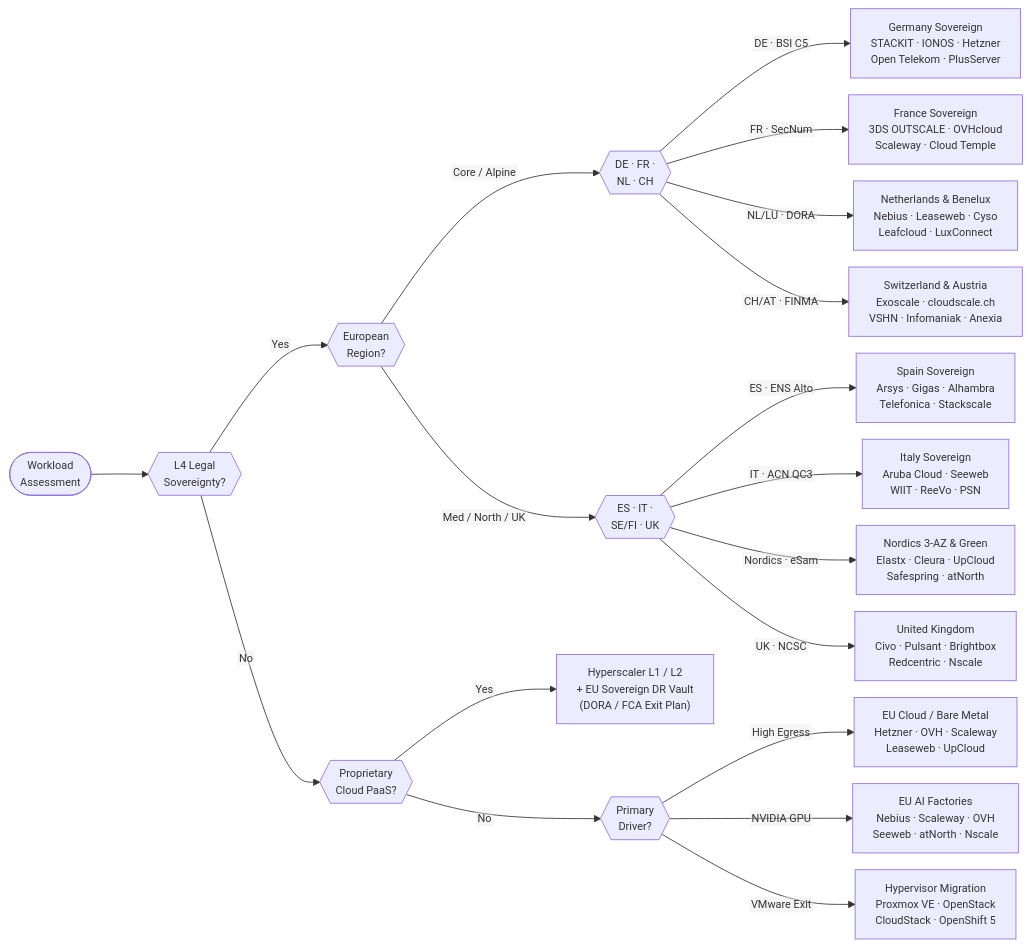
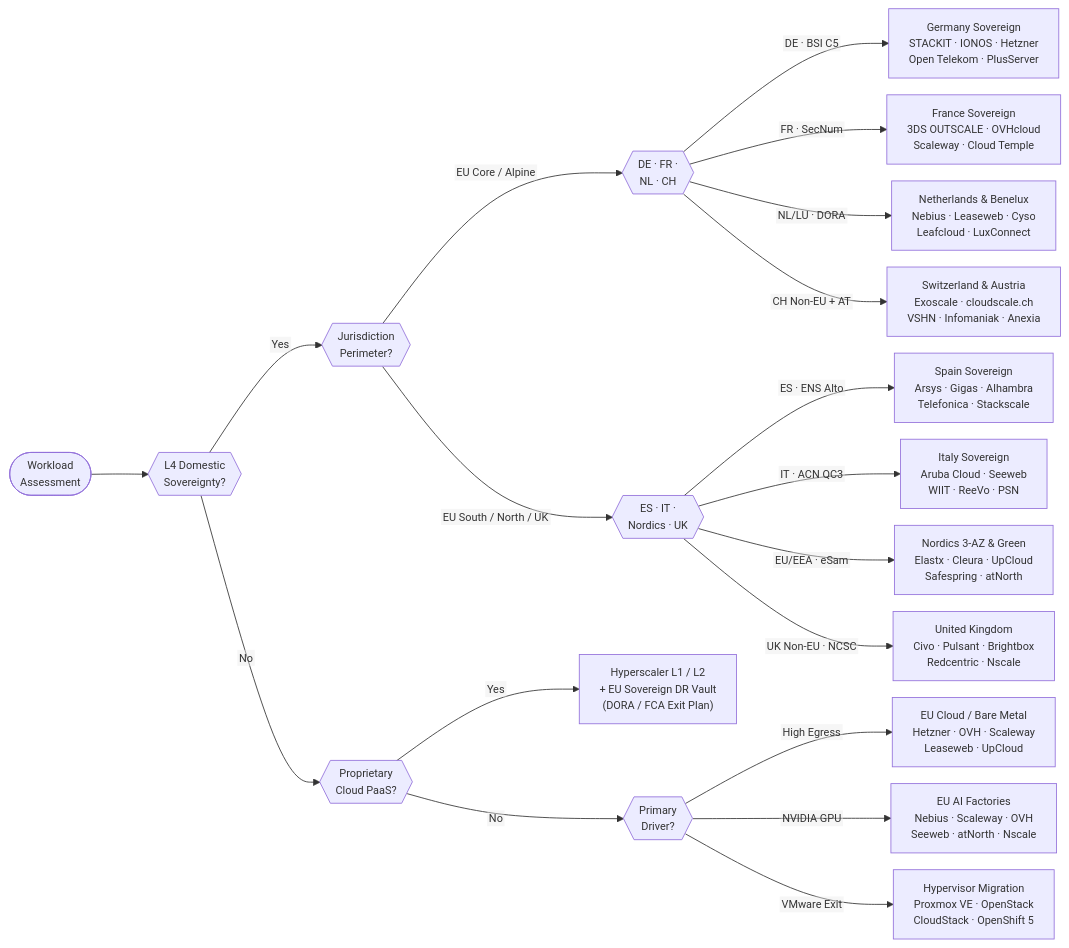
The diagram in v2-docs/eu-sovereign-cloud.md (nubenetes/awesome-kubernetes), drawn with Mermaid before and after one commit. The commit also changed other lines of this file and 30 other files, not shown here.

````diff
--- a/v2-docs/eu-sovereign-cloud.md
+++ b/v2-docs/eu-sovereign-cloud.md
@@ -206,27 +217,27 @@
 ```mermaid
 %%{init: {'themeVariables': {'fontSize': '13px'}, 'flowchart': {'htmlLabels': false, 'nodeSpacing': 20, 'rankSpacing': 68, 'padding': 12}}}%%
 flowchart LR
-    A(["Workload<br/>Assessment"]) --> B{{"L4 Legal<br/>Sovereignty?"}}
+    A(["Workload<br/>Assessment"]) --> B{{"L4 Domestic<br/>Sovereignty?"}}
 
-    B -->|"Yes"| C{{"European<br/>Region?"}}
-    C -->|"Core / Alpine"| C1{{"DE · FR ·<br/>NL · CH"}}
-    C -->|"Med / North / UK"| C2{{"ES · IT ·<br/>SE/FI · UK"}}
+    B -->|"Yes"| C{{"Jurisdiction<br/>Perimeter?"}}
+    C -->|"EU Core / Alpine"| C1{{"DE · FR ·<br/>NL · CH"}}
+    C -->|"EU South / North / UK"| C2{{"ES · IT ·<br/>Nordics · UK"}}
 
     C1 -->|"DE · BSI C5"| D1["Germany Sovereign<br/>STACKIT · IONOS · Hetzner<br/>Open Telekom · PlusServer"]
     C1 -->|"FR · SecNum"| D2["France Sovereign<br/>3DS OUTSCALE · OVHcloud<br/>Scaleway · Cloud Temple"]
     C1 -->|"NL/LU · DORA"| D3["Netherlands & Benelux<br/>Nebius · Leaseweb · Cyso<br/>Leafcloud · LuxConnect"]
-    C1 -->|"CH/AT · FINMA"| D4["Switzerland & Austria<br/>Exoscale · cloudscale.ch<br/>VSHN · Infomaniak · Anexia"]
+    C1 -->|"CH Non-EU + AT"| D4["Switzerland & Austria<br/>Exoscale · cloudscale.ch<br/>VSHN · Infomaniak · Anexia"]
 
     C2 -->|"ES · ENS Alto"| D5["Spain Sovereign<br/>Arsys · Gigas · Alhambra<br/>Telefonica · Stackscale"]
     C2 -->|"IT · ACN QC3"| D6["Italy Sovereign<br/>Aruba Cloud · Seeweb<br/>WIIT · ReeVo · PSN"]
-    C2 -->|"Nordics · eSam"| D7["Nordics 3-AZ & Green<br/>Elastx · Cleura · UpCloud<br/>Safespring · atNorth"]
-    C2 -->|"UK · NCSC"| D8["United Kingdom<br/>Civo · Pulsant · Brightbox<br/>Redcentric · Nscale"]
+    C2 -->|"EU/EEA · eSam"| D7["Nordics 3-AZ & Green<br/>Elastx · Cleura · UpCloud<br/>Safespring · atNorth"]
+    C2 -->|"UK Non-EU · NCSC"| D8["United Kingdom<br/>Civo · Pulsant · Brightbox<br/>Redcentric · Nscale"]
 
     B -->|"No"| F{{"Proprietary<br/>Cloud PaaS?"}}
     F -->|"Yes"| G["Hyperscaler L1 / L2<br/>+ EU Sovereign DR Vault<br/>(DORA / FCA Exit Plan)"]
     F -->|"No"| H{{"Primary<br/>Driver?"}}
 
     H -->|"High Egress"| I["EU Cloud / Bare Metal<br/>Hetzner · OVH · Scaleway<br/>Leaseweb · UpCloud"]
     H -->|"NVIDIA GPU"| J["EU AI Factories<br/>Nebius · Scaleway · OVH<br/>Seeweb · atNorth · Nscale"]
     H -->|"VMware Exit"| K["Hypervisor Migration<br/>Proxmox VE · OpenStack<br/>CloudStack · OpenShift 5"]
 ```
````
